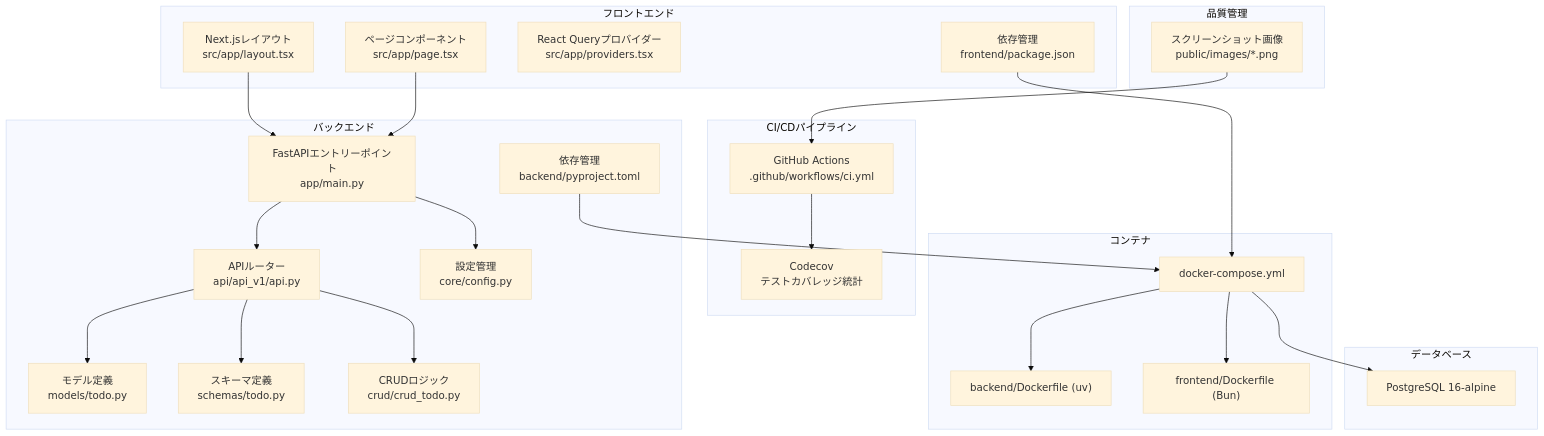
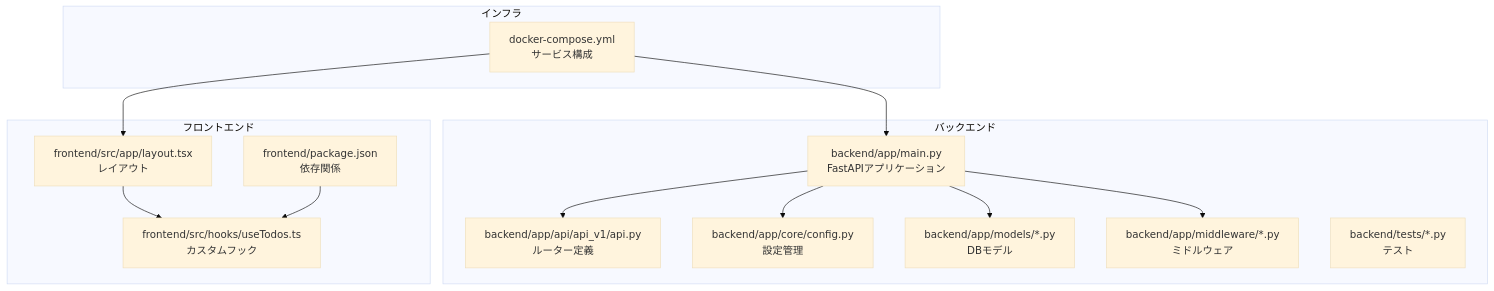
Before and after one commit to ss8806/Todos: the first of 8 diagrams in .qoder/repowiki/ja/content/プロジェクト概要.md, drawn with Mermaid (base theme). The commit also changed other lines of this file and 25 other files, not shown here.

````diff
--- a/.qoder/repowiki/ja/content/プロジェクト概要.md
+++ b/.qoder/repowiki/ja/content/プロジェクト概要.md
@@ -61,47 +46,27 @@
 ```mermaid
 graph TB
 subgraph "バックエンド"
-BE_MAIN["FastAPIエントリーポイント<br/>app/main.py"]
-BE_ROUTER["APIルーター<br/>api/api_v1/api.py"]
-BE_MODELS["モデル定義<br/>models/todo.py"]
-BE_SCHEMAS["スキーマ定義<br/>schemas/todo.py"]
-BE_CRUD["CRUDロジック<br/>crud/crud_todo.py"]
-BE_CONF["設定管理<br/>core/config.py"]
-BE_PKG["依存管理<br/>backend/pyproject.toml"]
+A["backend/app/main.py<br/>FastAPIアプリケーション"]
+B["backend/app/api/api_v1/api.py<br/>ルーター定義"]
+C["backend/app/core/config.py<br/>設定管理"]
+D["backend/app/models/*.py<br/>DBモデル"]
+E["backend/app/middleware/*.py<br/>ミドルウェア"]
+F["backend/tests/*.py<br/>テスト"]
 end
 subgraph "フロントエンド"
-FE_LAYOUT["Next.jsレイアウト<br/>src/app/layout.tsx"]
-FE_PAGE["ページコンポーネント<br/>src/app/page.tsx"]
-FE_PROVIDERS["React Queryプロバイダー<br/>src/app/providers.tsx"]
-FE_PKG["依存管理<br/>frontend/package.json"]
+G["frontend/src/app/layout.tsx<br/>レイアウト"]
+H["frontend/src/hooks/useTodos.ts<br/>カスタムフック"]
+I["frontend/package.json<br/>依存関係"]
 end
-subgraph "CI/CDパイプライン"
-GHA["GitHub Actions<br/>.github/workflows/ci.yml"]
-CODECOV["Codecov<br/>テストカバレッジ統計"]
+subgraph "インフラ"
+J["docker-compose.yml<br/>サービス構成"]
 end
-subgraph "コンテナ"
-DC["docker-compose.yml"]
-D_B["backend/Dockerfile (uv)"]
-D_F["frontend/Dockerfile (Bun)"]
-end
-subgraph "データベース"
-DB["PostgreSQL 16-alpine"]
-end
-subgraph "品質管理"
-SCREENSHOTS["スクリーンショット画像<br/>public/images/*.png"]
-end
-FE_LAYOUT --> BE_MAIN
-FE_PAGE --> BE_MAIN
-BE_MAIN --> BE_ROUTER
-BE_ROUTER --> BE_MODELS
-BE_ROUTER --> BE_SCHEMAS
-BE_ROUTER --> BE_CRUD
-BE_MAIN --> BE_CONF
-DC --> D_B
-DC --> D_F
-DC --> DB
-BE_PKG --> DC
-FE_PKG --> DC
-GHA --> CODECOV
-SCREENSHOTS --> GHA
+A --> B
+A --> C
+A --> D
+A --> E
+G --> H
+I --> H
+J --> A
+J --> G
 ```
````
